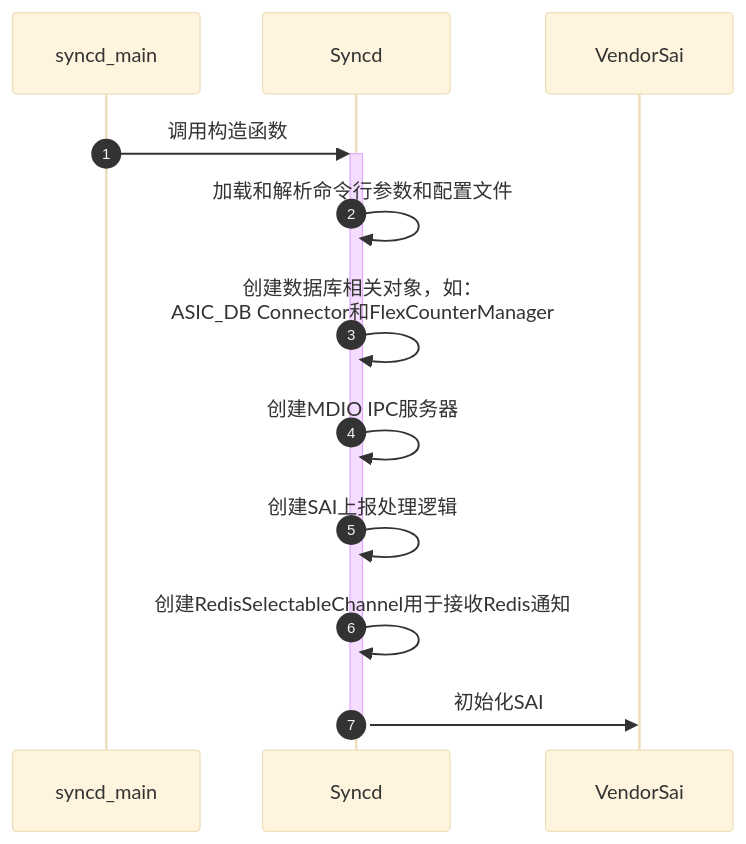
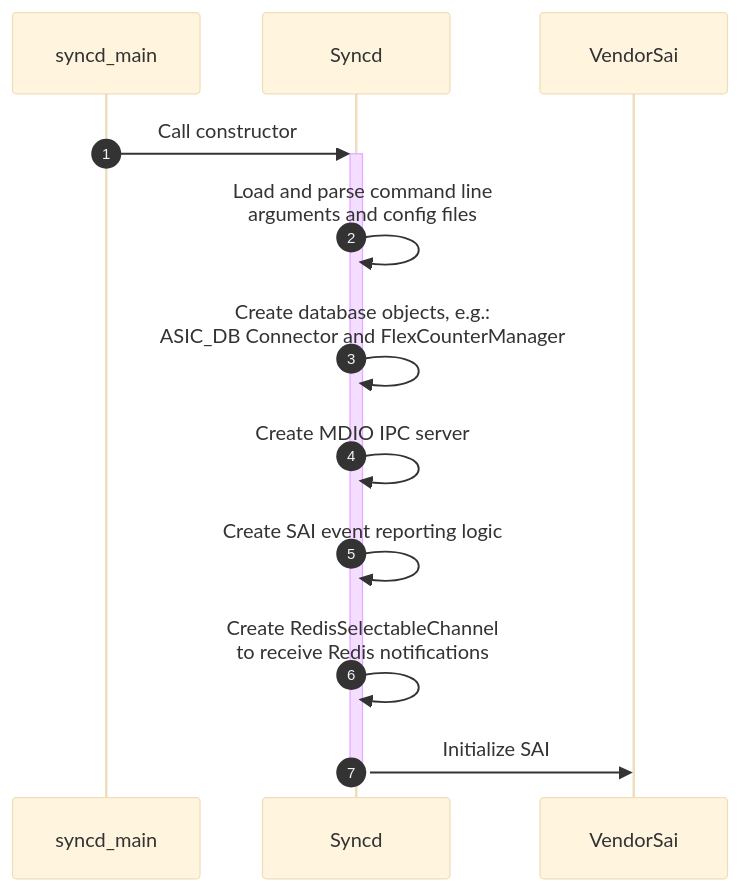
The first of 4 diagrams in src/5-1-syncd-and-sai.md (r12f/sonic-book), drawn with Mermaid (base theme) before and after one commit. The commit also changed other lines of this file and 53 other files, not shown here.

````diff
--- a/src/5-1-syncd-and-sai.md
+++ b/src/5-1-syncd-and-sai.md
@@ -13,15 +13,15 @@
 ```mermaid
 sequenceDiagram
     autonumber
     participant SDM as syncd_main
     participant SD as Syncd
     participant SAI as VendorSai
 
-    SDM->>+SD: 调用构造函数
-    SD->>SD: 加载和解析命令行参数和配置文件
-    SD->>SD: 创建数据库相关对象，如：<br/>ASIC_DB Connector和FlexCounterManager
-    SD->>SD: 创建MDIO IPC服务器
-    SD->>SD: 创建SAI上报处理逻辑
-    SD->>SD: 创建RedisSelectableChannel用于接收Redis通知
-    SD->>-SAI: 初始化SAI
+    SDM->>+SD: Call constructor
+    SD->>SD: Load and parse command line<br/>arguments and config files
+    SD->>SD: Create database objects, e.g.:<br/>ASIC_DB Connector and FlexCounterManager
+    SD->>SD: Create MDIO IPC server
+    SD->>SD: Create SAI event reporting logic
+    SD->>SD: Create RedisSelectableChannel<br/>to receive Redis notifications
+    SD->>-SAI: Initialize SAI
 ```
````
